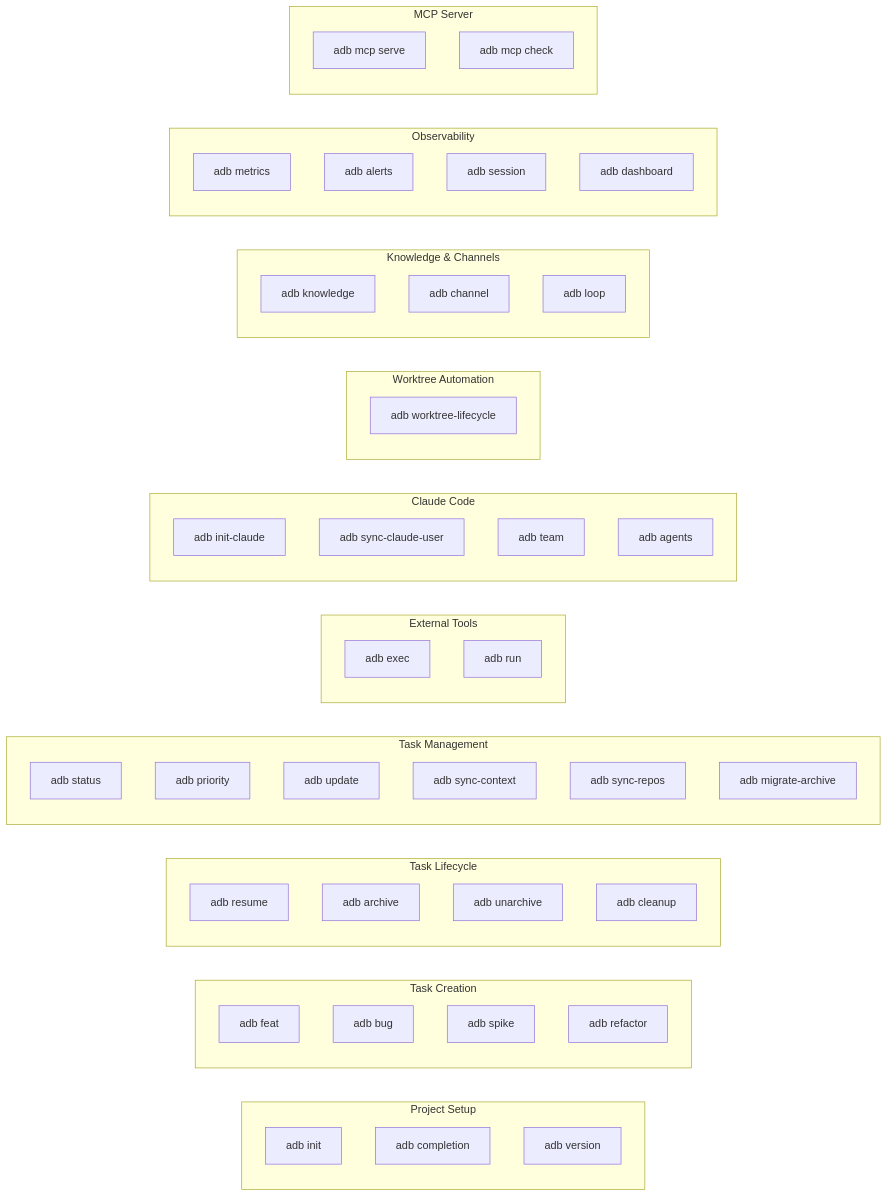
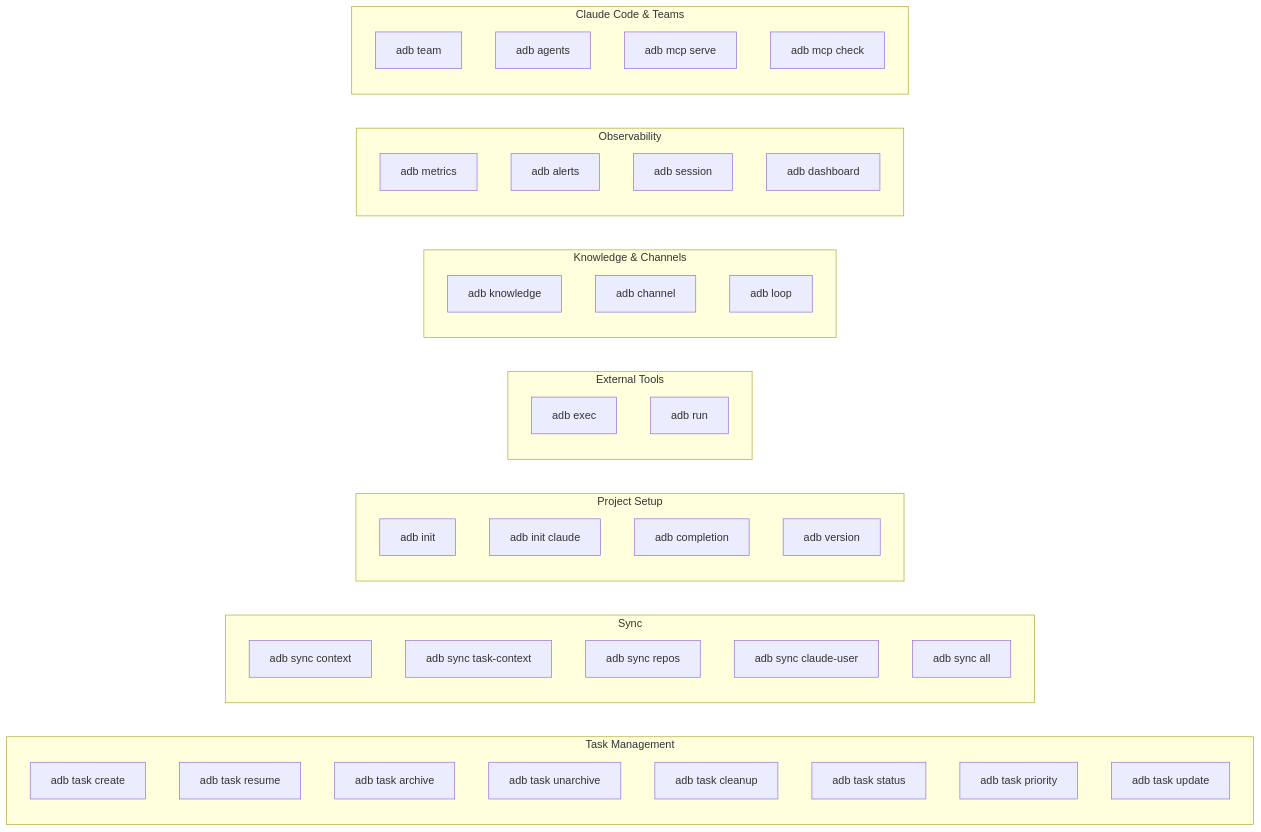
The diagram in docs/commands.md (valter-silva-au/ai-dev-brain), drawn with Mermaid before and after one commit. The commit also changed other lines of this file and 22 other files, not shown here.

First line of the commit message:
feat(cli): unify CLI into noun-verb command groups (task, sync)

````diff
--- a/docs/commands.md
+++ b/docs/commands.md
@@ -8,65 +8,53 @@
 ```mermaid
 graph LR
+    subgraph "Task Management"
+        taskcreate["adb task create"]
+        taskresume["adb task resume"]
+        taskarchive["adb task archive"]
+        taskunarchive["adb task unarchive"]
+        taskcleanup["adb task cleanup"]
+        taskstatus["adb task status"]
+        taskpriority["adb task priority"]
+        taskupdate["adb task update"]
+    end
+
+    subgraph "Sync"
+        syncctx["adb sync context"]
+        synctaskctx["adb sync task-context"]
+        syncrepos["adb sync repos"]
+        syncclaudeuser["adb sync claude-user"]
+        syncall["adb sync all"]
+    end
+
     subgraph "Project Setup"
         init["adb init"]
+        initclaude["adb init claude"]
         completion["adb completion"]
         version["adb version"]
-    end
-
-    subgraph "Task Creation"
-        feat["adb feat"]
-        bug["adb bug"]
-        spike["adb spike"]
-        refactor["adb refactor"]
-    end
-
-    subgraph "Task Lifecycle"
-        resume["adb resume"]
-        archive["adb archive"]
-        unarchive["adb unarchive"]
-        cleanup["adb cleanup"]
-    end
-
-    subgraph "Task Management"
-        status["adb status"]
-        priority["adb priority"]
-        update["adb update"]
-        syncctx["adb sync-context"]
-        syncrepos["adb sync-repos"]
-        migrate["adb migrate-archive"]
     end
 
     subgraph "External Tools"
         exec["adb exec"]
         run["adb run"]
-    end
-
-    subgraph "Claude Code"
-        initclaude["adb init-claude"]
-        syncuser["adb sync-claude-user"]
-        team["adb team"]
-        agents["adb agents"]
-    end
-
-    subgraph "Worktree Automation"
-        wtlifecycle["adb worktree-lifecycle"]
     end
 
     subgraph "Knowledge & Channels"
         knowledge["adb knowledge"]
         channel["adb channel"]
         loop["adb loop"]
     end
 
     subgraph "Observability"
         metrics["adb metrics"]
         alerts["adb alerts"]
         session["adb session"]
         dashboard["adb dashboard"]
     end
 
-    subgraph "MCP Server"
+    subgraph "Claude Code & Teams"
+        team["adb team"]
+        agents["adb agents"]
         mcpserve["adb mcp serve"]
         mcpcheck["adb mcp check"]
     end
 ```
````
